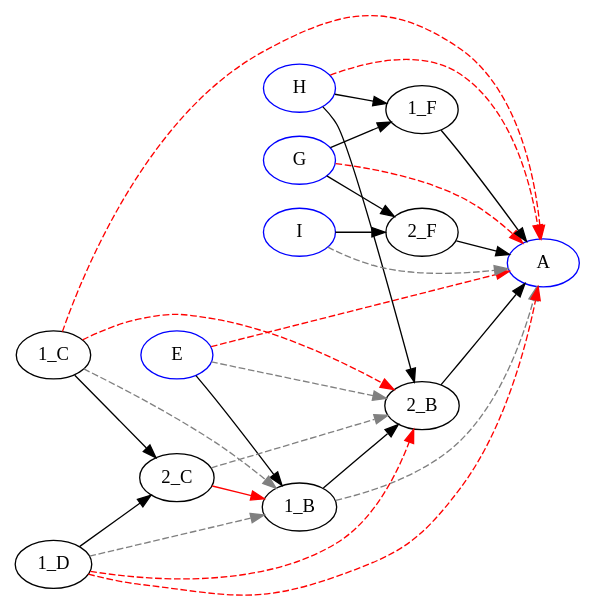
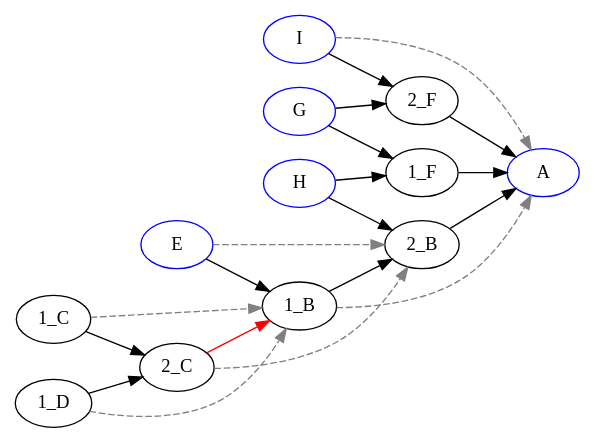
One commit to EulerProject/EulerX changed the diagram in example/output/abstract/abstract.dot. Above: the diagram before and after it, drawn with Graphviz. The commit also changed 2 other files, not shown here.

Commit message:
new abstract.dot by removing red dashed edges

```diff
--- a/example/output/abstract/abstract.dot
+++ b/example/output/abstract/abstract.dot
@@ -1,36 +1,29 @@
 digraph {
 
 rankdir = LR
 
 "A" [color=blue];
 "E" [color=blue];
 "G" [color=blue];
 "H" [color=blue];
 "I" [color=blue];
 "1_B" -> "2_B" [style=filled, color=black];
 "1_C" -> "2_C" [style=filled, color=black];
 "1_D" -> "2_C" [style=filled, color=black];
 "2_C" -> "1_B" [style=filled, color=red];
 "1_F" -> "A" [style=filled, color=black];
 "2_B" -> "A" [style=filled, color=black];
 "2_F" -> "A" [style=filled, color=black];
 "E" -> "1_B" [style=filled, color=black];
 "G" -> "1_F" [style=filled, color=black];
 "G" -> "2_F" [style=filled, color=black];
 "H" -> "1_F" [style=filled, color=black];
 "H" -> "2_B" [style=filled, color=black];
 "I" -> "2_F" [style=filled, color=black];
-"1_C" -> "2_B" [style=dashed, color=red];
-"1_C" -> "A" [style=dashed, color=red];
-"1_D" -> "2_B" [style=dashed, color=red];
-"1_D" -> "A" [style=dashed, color=red];
 "1_B" -> "A" [style=dashed, color=grey];
 "1_C" -> "1_B" [style=dashed, color=grey];
 "1_D" -> "1_B" [style=dashed, color=grey];
 "2_C" -> "2_B" [style=dashed, color=grey];
 "E" -> "2_B" [style=dashed, color=grey];
-"E" -> "A" [style=dashed, color=red];
-"G" -> "A" [style=dashed, color=red];
-"H" -> "A" [style=dashed, color=red];
 "I" -> "A" [style=dashed, color=grey];
 }
```
